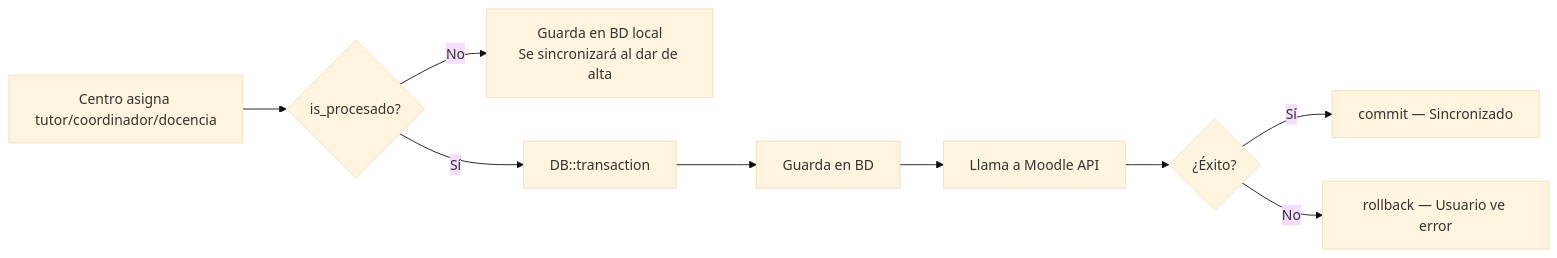
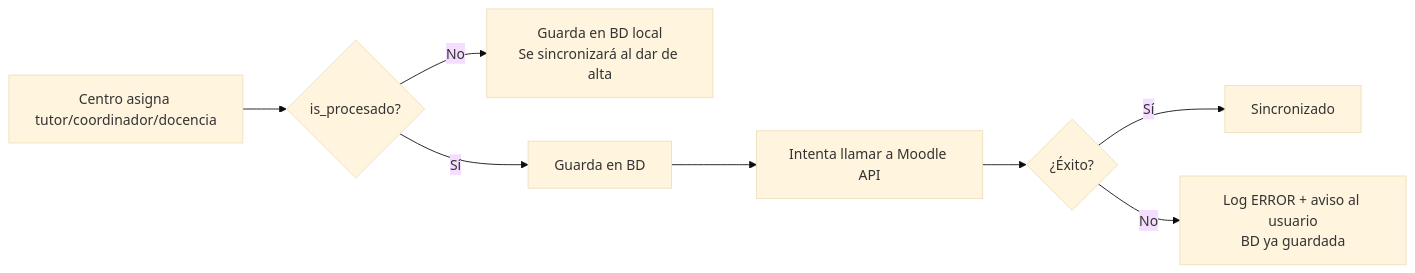
One commit to rsvisu/CD_fpVirtualGestionDocentes changed the second of 4 diagrams in docs/MOODLE.md. Above: the diagram before and after it, drawn with Mermaid (base theme). The commit also changed other lines of this file and 8 other files, not shown here.

````diff
--- a/docs/MOODLE.md
+++ b/docs/MOODLE.md
@@ -93,11 +95,10 @@
 ```mermaid
 flowchart LR
     A[Centro asigna tutor/coordinador/docencia] --> B{is_procesado?}
     B -- No --> C[Guarda en BD local\nSe sincronizará al dar de alta]
-    B -- Sí --> D[DB::transaction]
-    D --> E[Guarda en BD]
-    E --> F[Llama a Moodle API]
-    F --> G{¿Éxito?}
-    G -- Sí --> H[commit — Sincronizado]
-    G -- No --> I[rollback — Usuario ve error]
+    B -- Sí --> D[Guarda en BD]
+    D --> E[Intenta llamar a Moodle API]
+    E --> F{¿Éxito?}
+    F -- Sí --> G[Sincronizado]
+    F -- No --> H[Log ERROR + aviso al usuario\nBD ya guardada]
 ```
````
